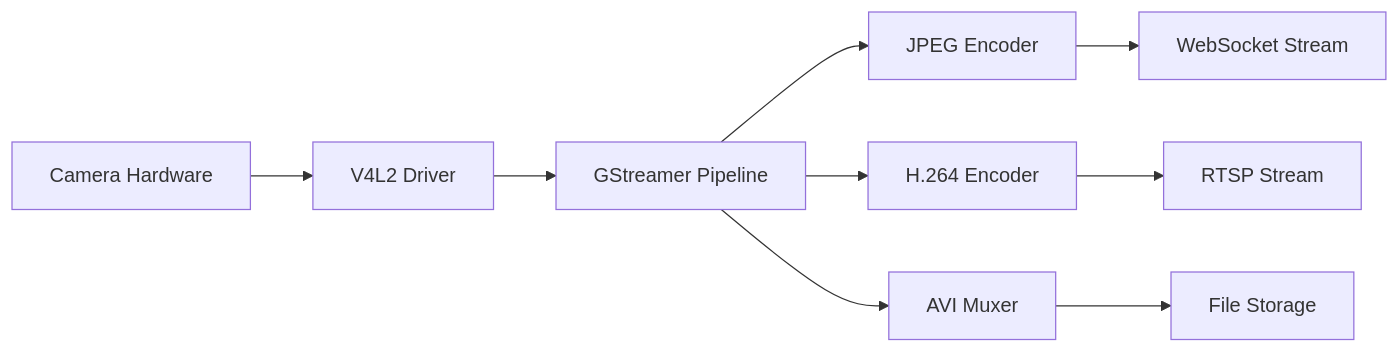
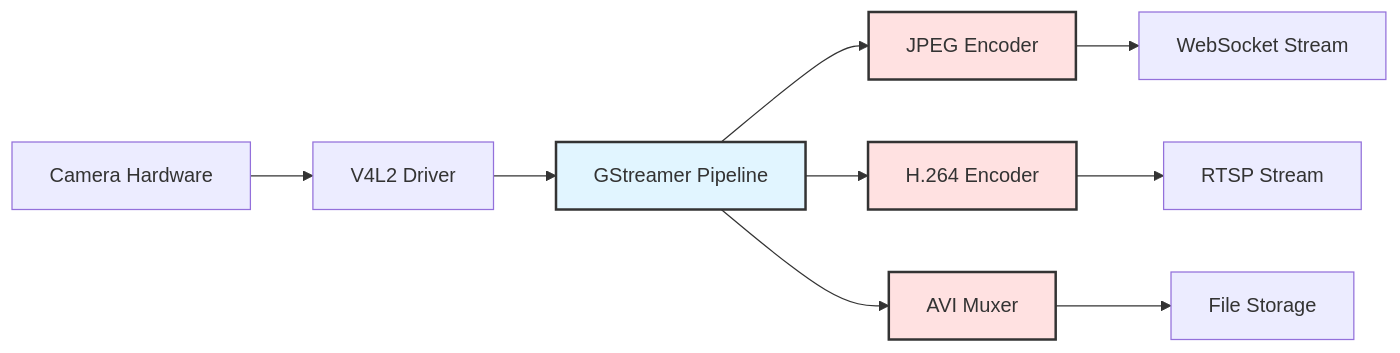
The diagram in docs/architecture/camera-pipeline.md (JayeshKakkad-Rotoclear/Rotoclear-C-Pro-Docs), drawn with Mermaid before and after one commit. The commit also changed 14 other files, not shown here.

Commit message:
Improve Mermaid diagram formatting for better presentation - Added better spacing, styling, and layout - Enhanced readability with color coding and proper node alignment - Improved subgraph organization - Better decision tree layouts

````diff
--- a/docs/architecture/camera-pipeline.md
+++ b/docs/architecture/camera-pipeline.md
@@ -9,11 +9,18 @@
 ```mermaid
 graph LR
     A[Camera Hardware] --> B[V4L2 Driver]
     B --> C[GStreamer Pipeline]
+    
     C --> D[JPEG Encoder]
     C --> E[H.264 Encoder]
     C --> F[AVI Muxer]
+    
     D --> G[WebSocket Stream]
     E --> H[RTSP Stream]
     F --> I[File Storage]
+    
+    style C fill:#e1f5ff,stroke:#333,stroke-width:2px
+    style D fill:#ffe1e1,stroke:#333,stroke-width:2px
+    style E fill:#ffe1e1,stroke:#333,stroke-width:2px
+    style F fill:#ffe1e1,stroke:#333,stroke-width:2px
 ```
````
